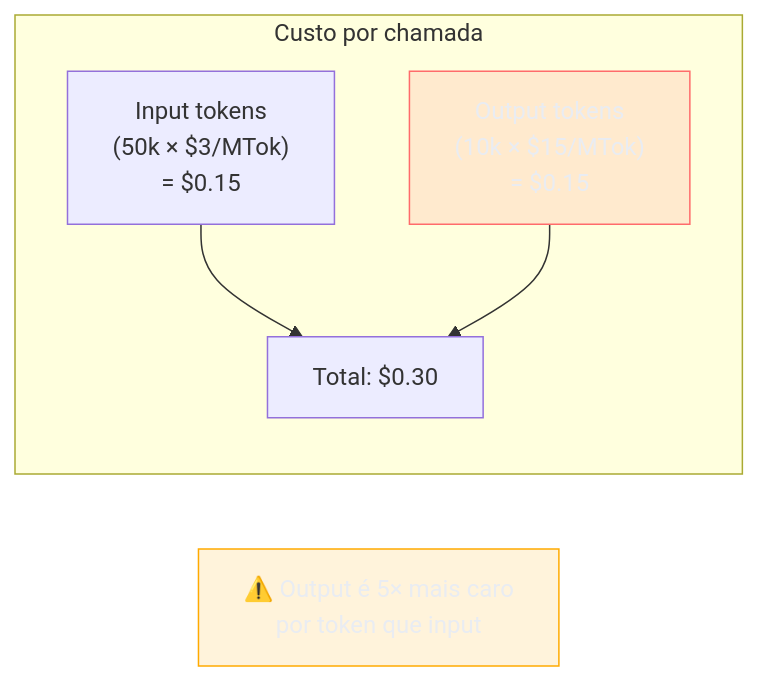
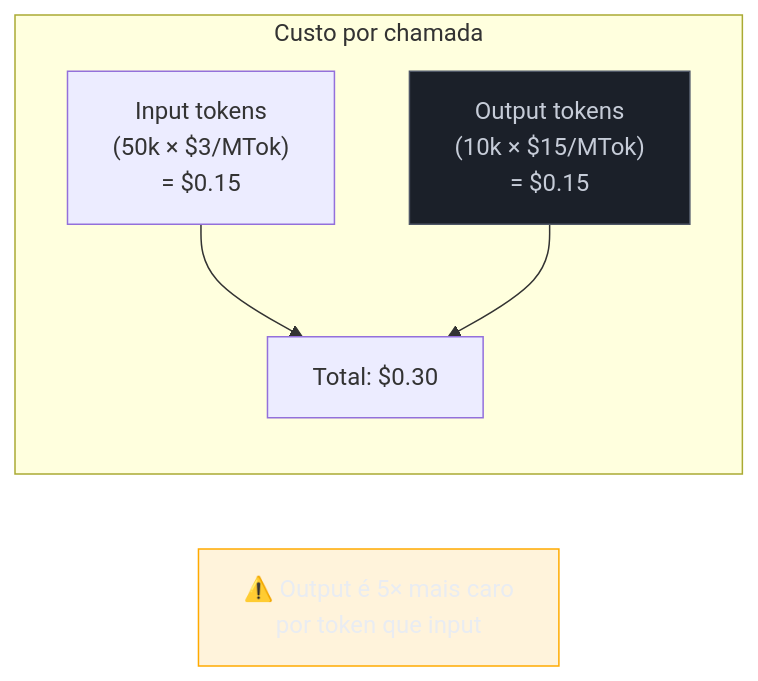
Before and after one commit to josenaldo/codex-technomanticus: the first of 3 diagrams in 03-Dominios/Tecnologia/IA/Anatomia dos LLMs/12 - Pricing de APIs — como calcular custos.md, drawn with Mermaid. The commit also changed other lines of this file and 601 other files, not shown here.

````diff
--- a/03-Dominios/Tecnologia/IA/Anatomia dos LLMs/12 - Pricing de APIs — como calcular custos.md
+++ b/03-Dominios/Tecnologia/IA/Anatomia dos LLMs/12 - Pricing de APIs — como calcular custos.md
@@ -46,15 +46,15 @@
 ```mermaid
 graph LR
-    classDef falha fill:#FF6B6B24,stroke:#FF6B6B,color:#E9ECF2
+    classDef neutro fill:#1B2029,stroke:#4E5666,color:#C6CCD8
     classDef destaque fill:#FFAA0024,stroke:#FFAA00,color:#E9ECF2
     subgraph "Custo por chamada"
         I["Input tokens\n(50k × $3/MTok)\n= $0.15"]
         O["Output tokens\n(10k × $15/MTok)\n= $0.15"]
         T["Total: $0.30"]
     end
     I --> T
     O --> T
     note1["⚠️ Output é 5× mais caro\npor token que input"]
-    class O falha
+    class O neutro
     class note1 destaque
 ```
````
